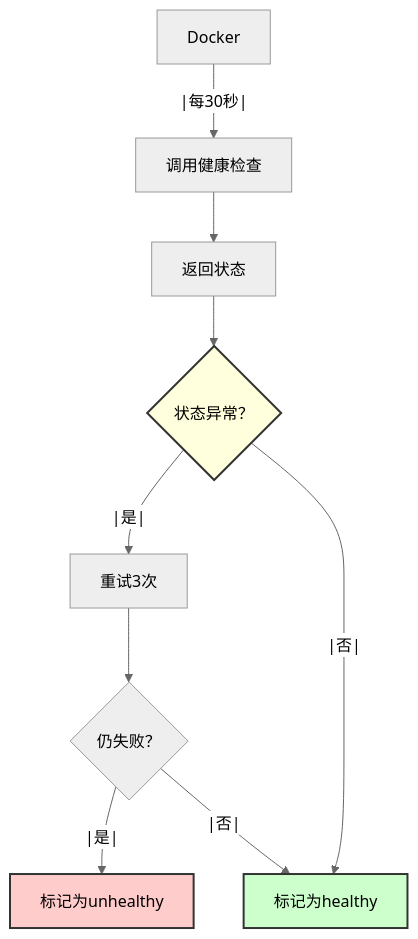
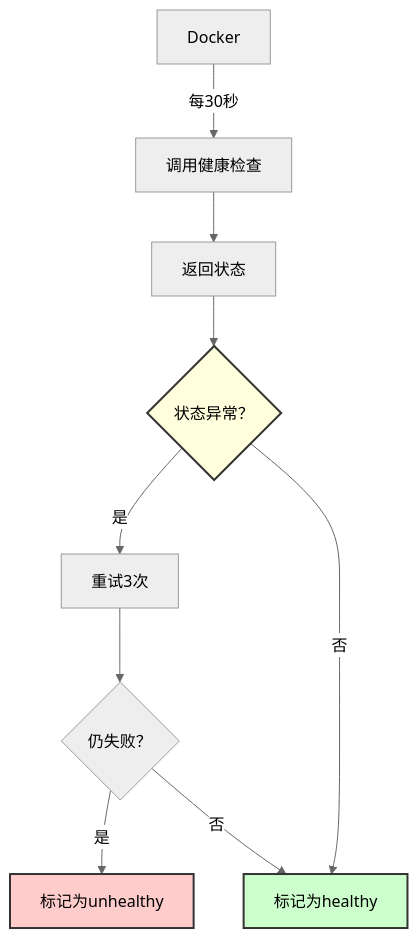
One commit to EvanL1/VoltageEMS changed the fifth of 12 diagrams in docs/VOLTAGEEMS_CICD_ARCHITECTURE.md. Above: the diagram before and after it, drawn with Mermaid (neutral theme). The commit also changed other lines of this file and 45 other files, not shown here.

````diff
--- a/docs/VOLTAGEEMS_CICD_ARCHITECTURE.md
+++ b/docs/VOLTAGEEMS_CICD_ARCHITECTURE.md
@@ -452,15 +442,15 @@
 ```mermaid
 flowchart TD
-    A[Docker] --|每30秒|--> B[调用健康检查]
+    A[Docker] -->|每30秒| B[调用健康检查]
     B --> C[返回状态]
     C --> D{状态异常？}
-    D --|是|--> E[重试3次]
+    D -->|是| E[重试3次]
     E --> F{仍失败？}
-    F --|是|--> G[标记为unhealthy]
-    F --|否|--> H[标记为healthy]
-    D --|否|--> H
+    F -->|是| G[标记为unhealthy]
+    F -->|否| H[标记为healthy]
+    D -->|否| H
   
     style D fill:#ffd,stroke:#333,stroke-width:2px
     style G fill:#fcc,stroke:#333,stroke-width:2px
     style H fill:#cfc,stroke:#333,stroke-width:2px
 ```
````
